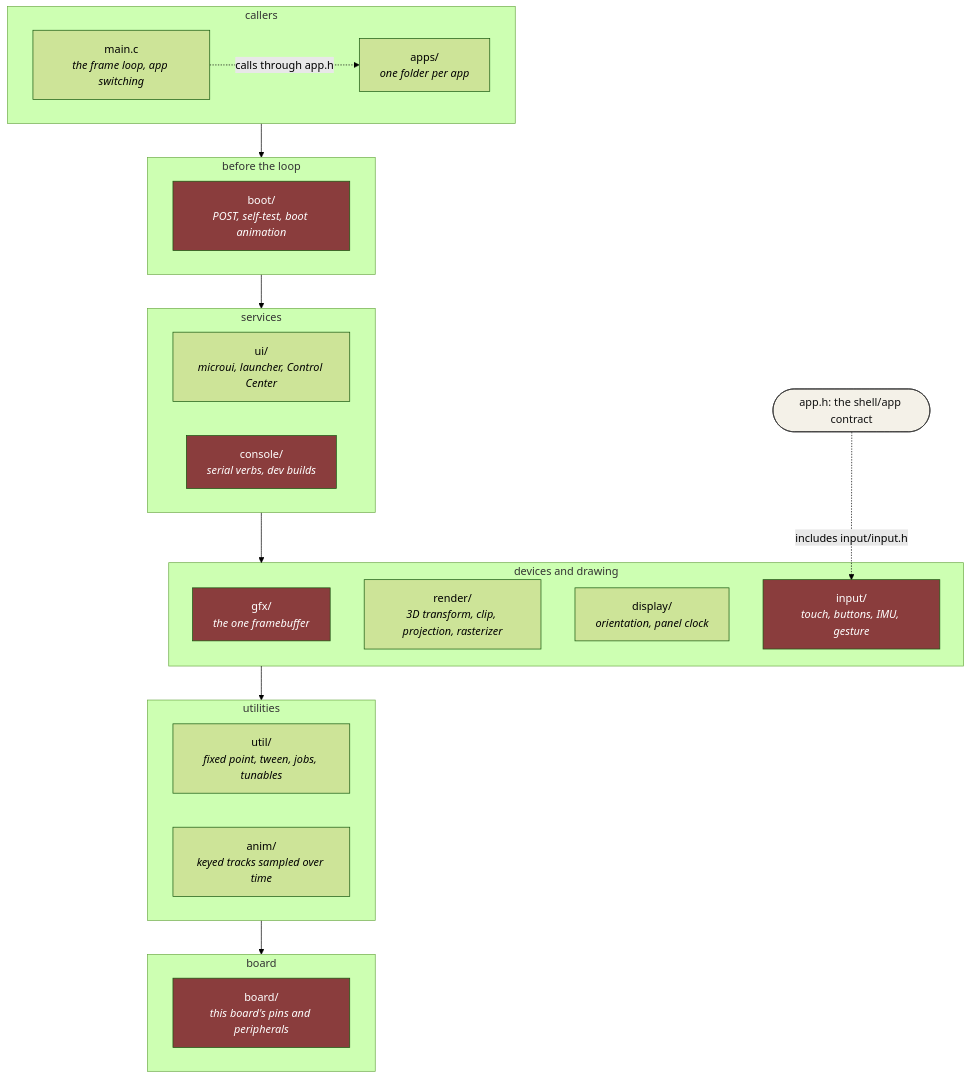
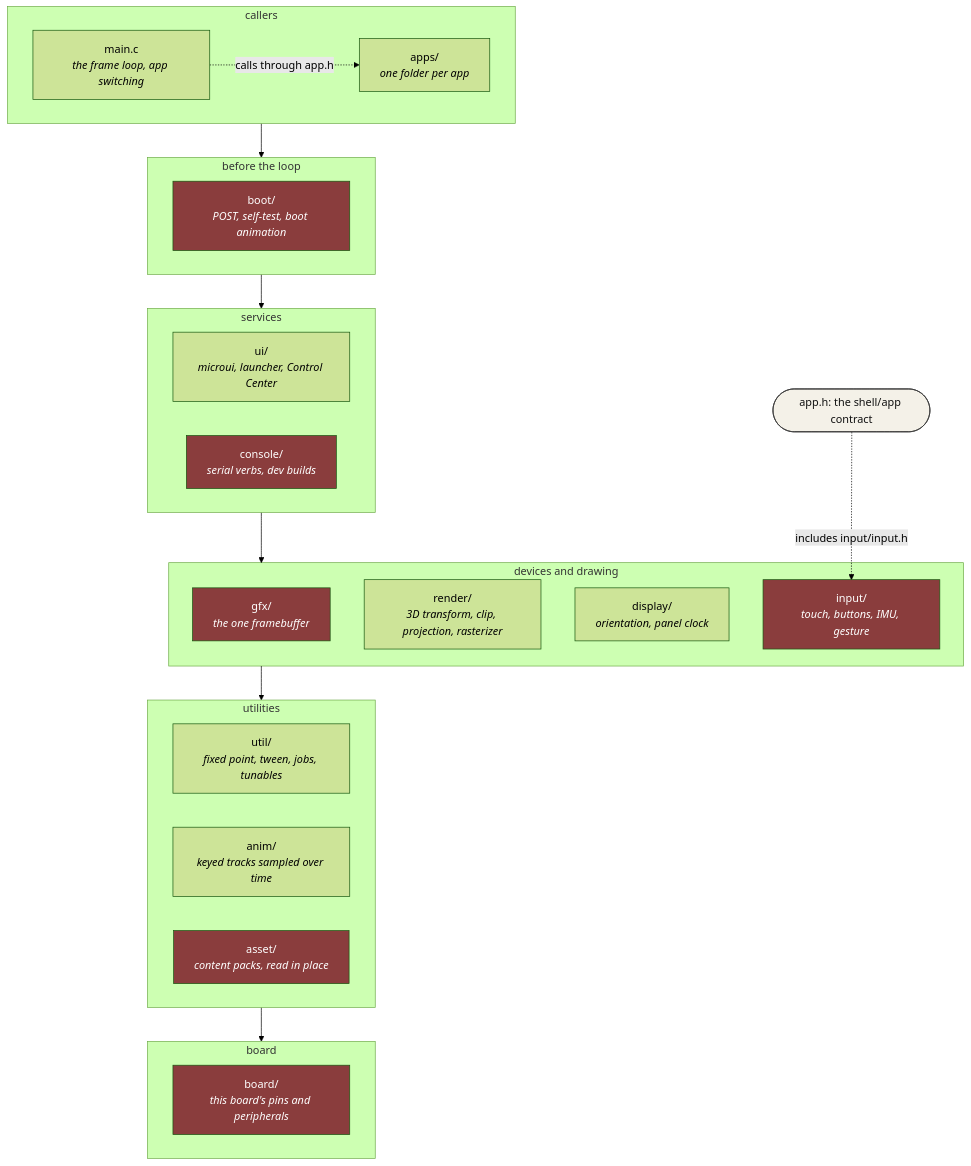
The first of 4 diagrams in docs/Firmware-Architecture.md (jose-villegas/autana), drawn with Mermaid (forest theme) before and after one commit. The commit also changed other lines of this file and 66 other files, not shown here.

Commit message:
asset: an asset-pack partition read in place, with Sponza's meshes in it

````diff
--- a/docs/Firmware-Architecture.md
+++ b/docs/Firmware-Architecture.md
@@ -46,35 +46,36 @@
 ```mermaid
 flowchart TB
     classDef hw fill:#8a3d3d,color:#fff
     classDef contract fill:#f4f1e8,stroke:#333,stroke-width:1px,color:#111
 
     subgraph R1["callers"]
         Apps["apps/<br/><i>one folder per app</i>"]
         Main["main.c<br/><i>the frame loop, app switching</i>"]
     end
     subgraph R3["before the loop"]
         Boot["boot/<br/><i>POST, self-test, boot animation</i>"]:::hw
     end
     subgraph R4["services"]
         Ui["ui/<br/><i>microui, launcher, Control Center</i>"]
         Console["console/<br/><i>serial verbs, dev builds</i>"]:::hw
     end
     subgraph R5["devices and drawing"]
         Gfx["gfx/<br/><i>the one framebuffer</i>"]:::hw
         Render["render/<br/><i>3D transform, clip, projection, rasterizer</i>"]
         Display["display/<br/><i>orientation, panel clock</i>"]
         Input["input/<br/><i>touch, buttons, IMU, gesture</i>"]:::hw
     end
     subgraph R6["utilities"]
         Util["util/<br/><i>fixed point, tween, jobs, tunables</i>"]
         Anim["anim/<br/><i>keyed tracks sampled over time</i>"]
+        Asset["asset/<br/><i>content packs, read in place</i>"]:::hw
     end
     subgraph R7["board"]
         Board["board/<br/><i>this board's pins and peripherals</i>"]:::hw
     end
 
     R1 --> R3 --> R4 --> R5 --> R6 --> R7
     Contract(["app.h: the shell/app contract"]):::contract
     Main -.->|"calls through app.h"| Apps
     Contract -.->|"includes input/input.h"| Input
 ```
````
